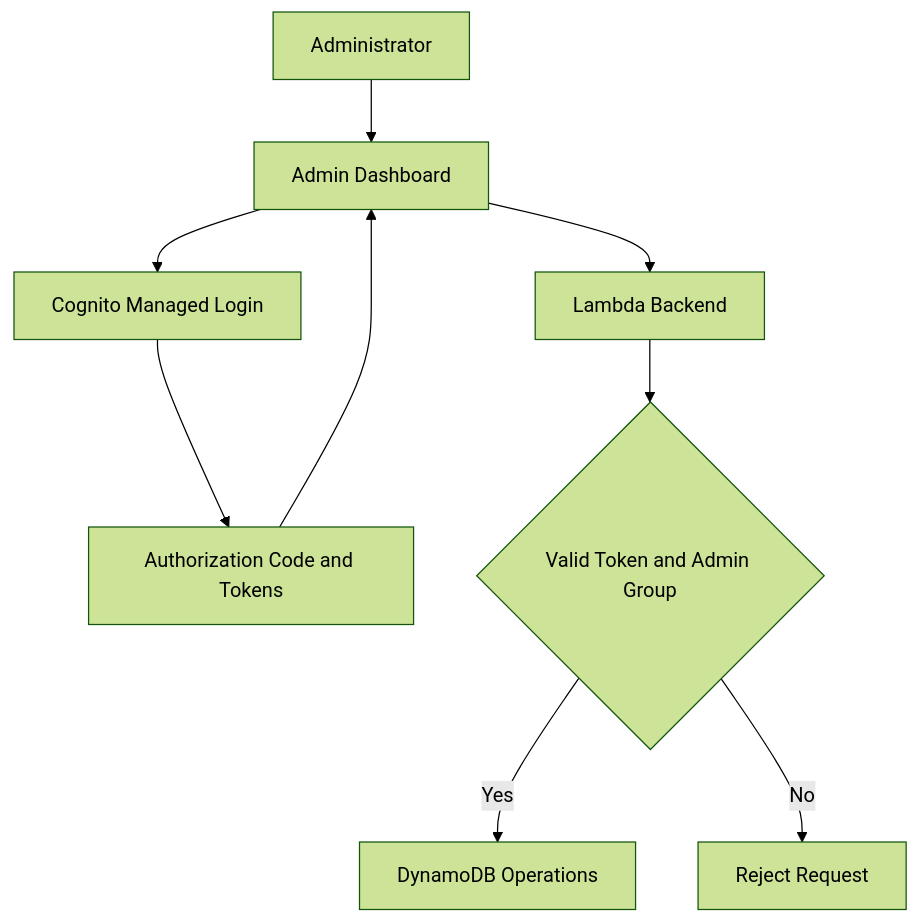
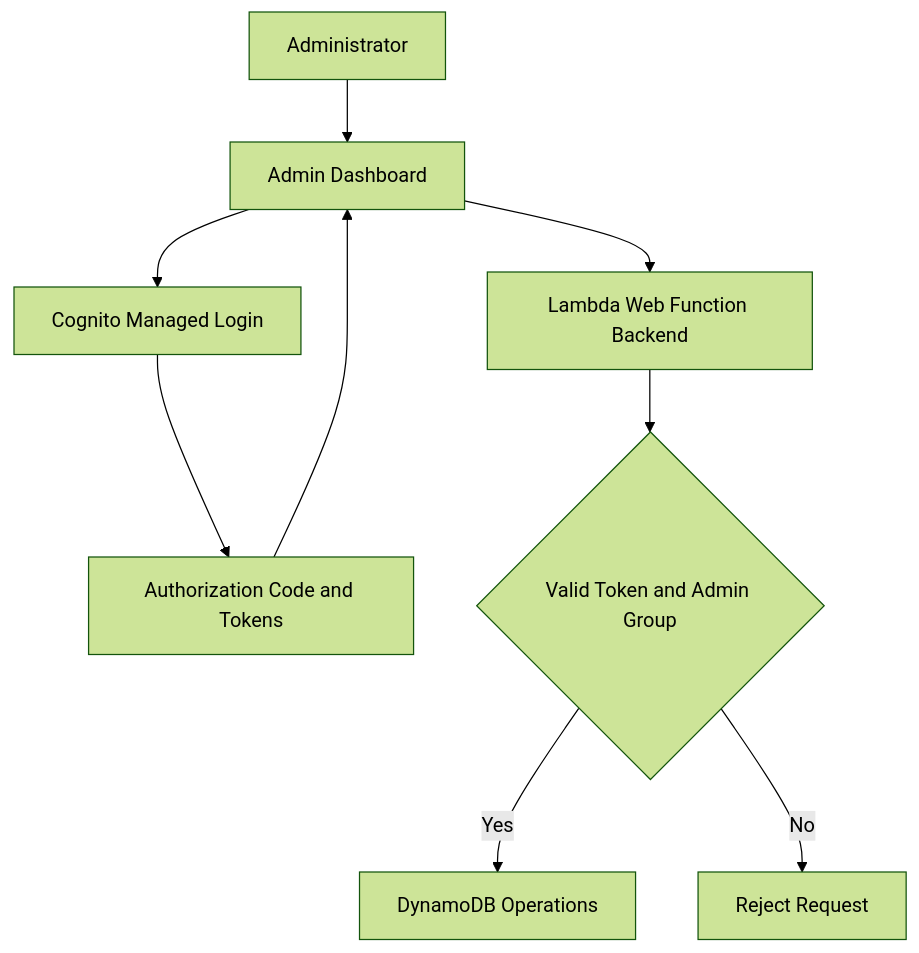
The sixth of 10 diagrams in infrastructure/aws-resource-inventory.md (santhoshpranavk/AWS-Serverless-Student-Portfolio), drawn with Mermaid (forest theme) before and after one commit. The commit also changed other lines of this file, not shown here.

````diff
--- a/infrastructure/aws-resource-inventory.md
+++ b/infrastructure/aws-resource-inventory.md
@@ -1706,11 +2324,11 @@
 ```mermaid
 flowchart TD
     A[Administrator] --> G[Admin Dashboard]
     G --> C[Cognito Managed Login]
     C --> T[Authorization Code and Tokens]
     T --> G
-    G --> L[Lambda Backend]
+    G --> L[Lambda Web Function Backend]
     L --> V{Valid Token and Admin Group}
     V -->|Yes| D[DynamoDB Operations]
     V -->|No| R[Reject Request]
 ```
````
